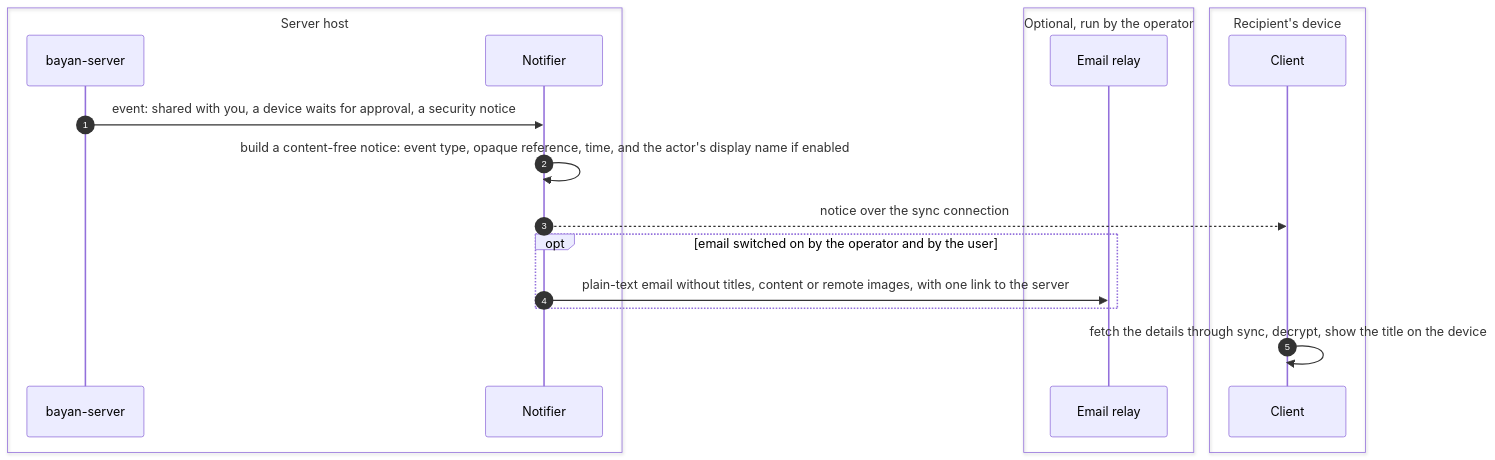
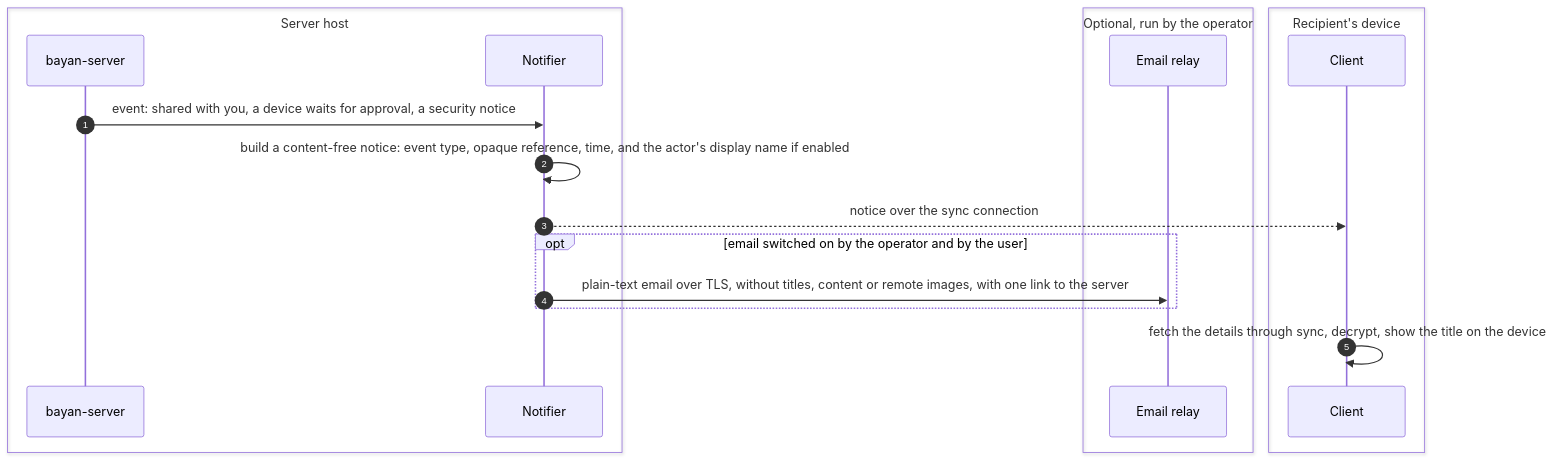
Diagram 17 of 21 in specs/threat-model.md (BayanDocs/docs), drawn with Mermaid before and after one commit. The commit also changed other lines of this file and 1 other file, not shown here.

First line of the commit message:
docs(specs): revise threat model v1 and Phase-1 server drafts after review (SRV-003)

````diff
--- a/specs/threat-model.md
+++ b/specs/threat-model.md
@@ -917,21 +1005,21 @@
 ```mermaid
 sequenceDiagram
   autonumber
   box Server host
     participant S as bayan-server
     participant NT as Notifier
   end
   box Optional, run by the operator
     participant MAIL as Email relay
   end
   box Recipient's device
     participant C as Client
   end
   S->>NT: event: shared with you, a device waits for approval, a security notice
   NT->>NT: build a content-free notice: event type, opaque reference, time, and the actor's display name if enabled
   NT-->>C: notice over the sync connection
   opt email switched on by the operator and by the user
-    NT->>MAIL: plain-text email without titles, content or remote images, with one link to the server
+    NT->>MAIL: plain-text email over TLS, without titles, content or remote images, with one link to the server
   end
   C->>C: fetch the details through sync, decrypt, show the title on the device
 ```
````
